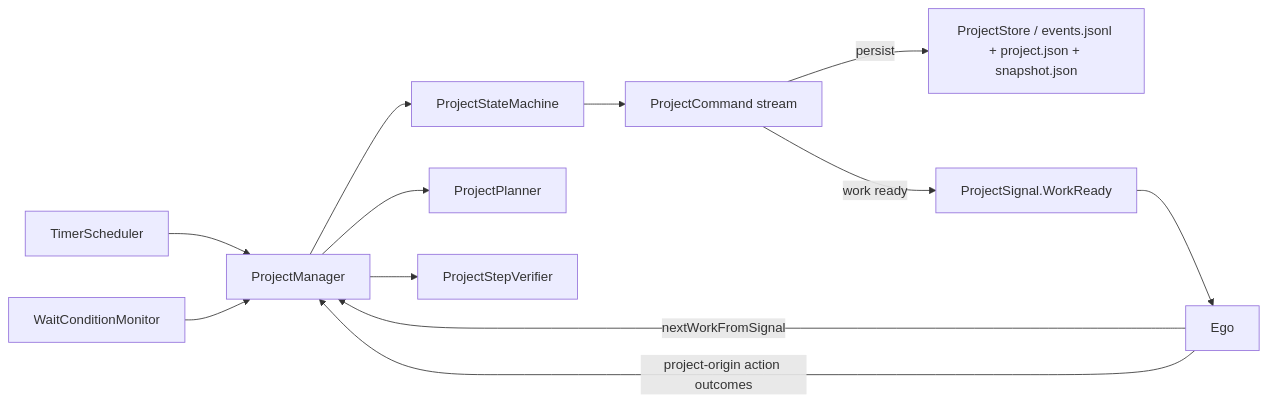
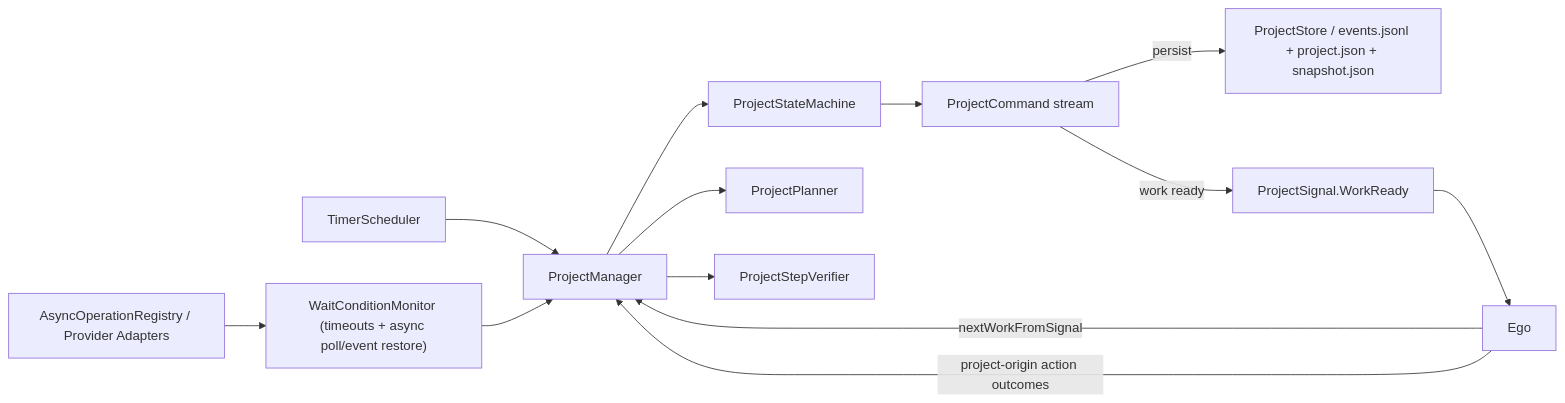
One commit to neopsyke/NeoPsyke changed the third of 7 diagrams in AGENT_LOGIC_DIAGRAM.md. Above: the diagram before and after it, drawn with Mermaid. The commit also changed other lines of this file and 22 other files, not shown here.

````diff
--- a/AGENT_LOGIC_DIAGRAM.md
+++ b/AGENT_LOGIC_DIAGRAM.md
@@ -209,14 +211,15 @@
 ```mermaid
 flowchart LR
     TS["TimerScheduler"] --> PM["ProjectManager"]
-    WM["WaitConditionMonitor"] --> PM
+    WM["WaitConditionMonitor (timeouts + async poll/event restore)"] --> PM
+    AOR["AsyncOperationRegistry / Provider Adapters"] --> WM
     PM --> PSM["ProjectStateMachine"]
     PM --> PP["ProjectPlanner"]
     PM --> PV["ProjectStepVerifier"]
     PSM --> PCS["ProjectCommand stream"]
     PCS -->|persist| Store["ProjectStore / events.jsonl + project.json + snapshot.json"]
     PCS -->|work ready| Sig["ProjectSignal.WorkReady"]
     Sig --> Ego["Ego"]
     Ego -->|nextWorkFromSignal| PM
     Ego -->|project-origin action outcomes| PM
 ```
````
